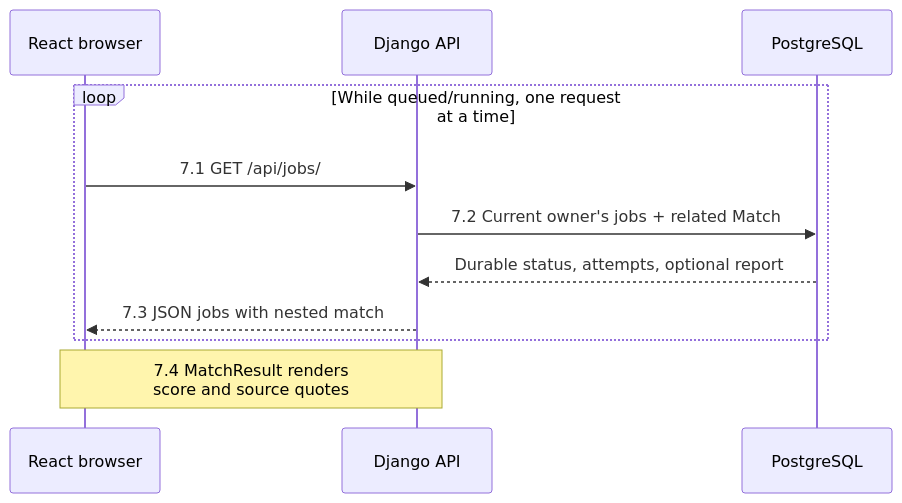
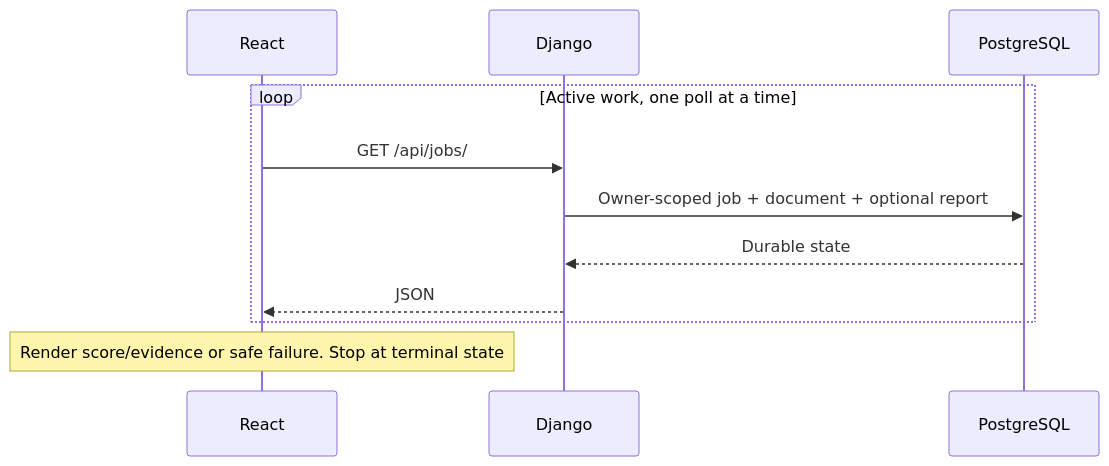
Before and after one commit to junrillg/resume-match-bedrock: the third of 3 diagrams in docs/architecture.md, drawn with Mermaid. The commit also changed other lines of this file and 24 other files, not shown here.

Commit message:
docs: explain durable originals across local and AWS flows

````diff
--- a/docs/architecture.md
+++ b/docs/architecture.md
@@ -88,13 +64,13 @@
 ```mermaid
 sequenceDiagram
-  participant UI as React browser
-  participant API as Django API
+  participant UI as React
+  participant API as Django
   participant DB as PostgreSQL
-  loop While queued/running, one request at a time
-    UI->>API: 7.1 GET /api/jobs/
-    API->>DB: 7.2 Current owner's jobs + related Match
-    DB-->>API: Durable status, attempts, optional report
-    API-->>UI: 7.3 JSON jobs with nested match
+  loop Active work, one poll at a time
+    UI->>API: GET /api/jobs/
+    API->>DB: Owner-scoped job + document + optional report
+    DB-->>API: Durable state
+    API-->>UI: JSON
   end
-  Note over UI,API: 7.4 MatchResult renders<br/>score and source quotes
+  Note over UI: Render score/evidence or safe failure. Stop at terminal state
 ```
````
